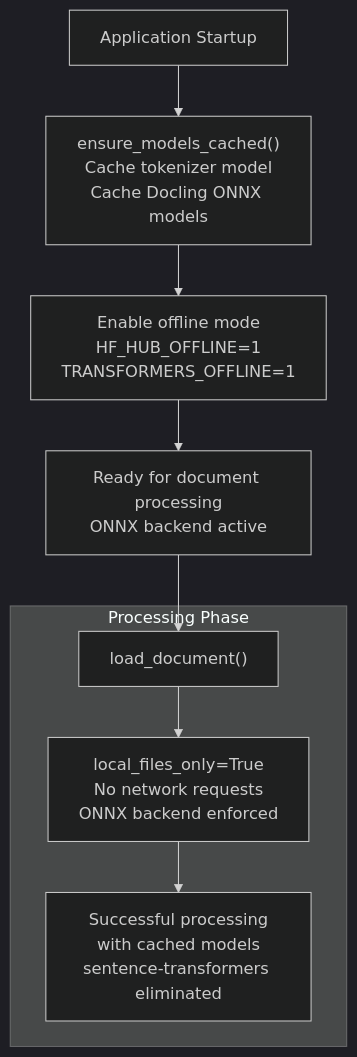
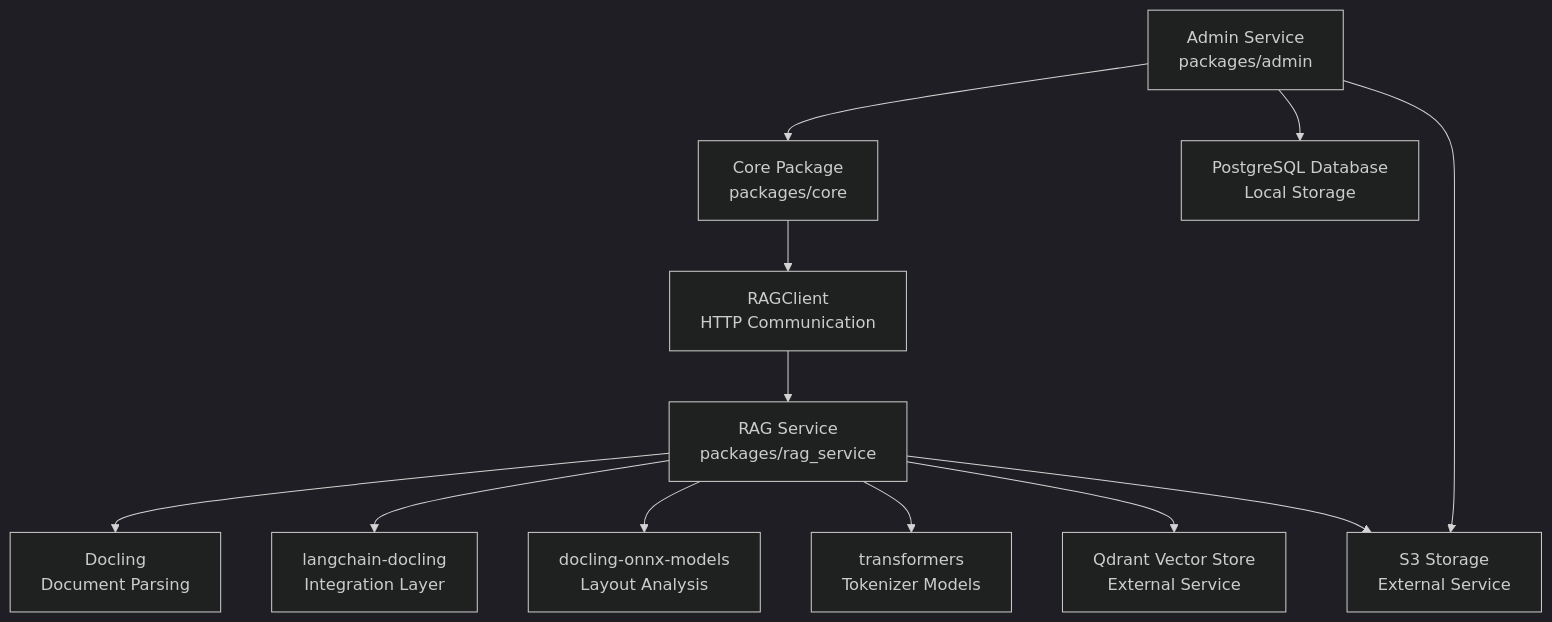
One commit to ognelis/cafetera_hr_bot changed the eighth of 8 diagrams in .qoder/repowiki/en/content/RAG Integration/RAG Parser Enhancement.md. Above: the diagram before and after it, drawn with Mermaid (dark theme). The commit also changed other lines of this file and 69 other files, not shown here.

Commit message:
CAFETERA-62 Implemented RAG service

````diff
--- a/.qoder/repowiki/en/content/RAG Integration/RAG Parser Enhancement.md
+++ b/.qoder/repowiki/en/content/RAG Integration/RAG Parser Enhancement.md
@@ -355,11 +339,14 @@
 ```mermaid
-flowchart TD
-Startup["Application Startup"] --> CacheModels["ensure_models_cached()<br/>Cache tokenizer model<br/>Cache Docling ONNX models"]
-CacheModels --> EnableOffline["Enable offline mode<br/>HF_HUB_OFFLINE=1<br/>TRANSFORMERS_OFFLINE=1"]
-EnableOffline --> Ready["Ready for document processing<br/>ONNX backend active"]
-subgraph "Processing Phase"
-Process["load_document()"] --> OfflineCheck["local_files_only=True<br/>No network requests<br/>ONNX backend enforced"]
-OfflineCheck --> ProcessSuccess["Successful processing<br/>with cached models<br/>sentence-transformers eliminated"]
-end
-Ready --> Process
+graph TB
+RAG_SERVICE["RAG Service<br/>packages/rag_service"] --> DOCLING["Docling<br/>Document Parsing"]
+RAG_SERVICE --> LANGCHAIN_DOCLING["langchain-docling<br/>Integration Layer"]
+RAG_SERVICE --> ONNX_MODELS["docling-onnx-models<br/>Layout Analysis"]
+RAG_SERVICE --> TRANSFORMERS["transformers<br/>Tokenizer Models"]
+RAG_SERVICE --> QDRANT["Qdrant Vector Store<br/>External Service"]
+RAG_SERVICE --> S3["S3 Storage<br/>External Service"]
+ADMIN["Admin Service<br/>packages/admin"] --> CORE["Core Package<br/>packages/core"]
+CORE --> RAG_CLIENT["RAGClient<br/>HTTP Communication"]
+RAG_CLIENT --> RAG_SERVICE
+ADMIN --> DB["PostgreSQL Database<br/>Local Storage"]
+ADMIN --> S3
 ```
````
